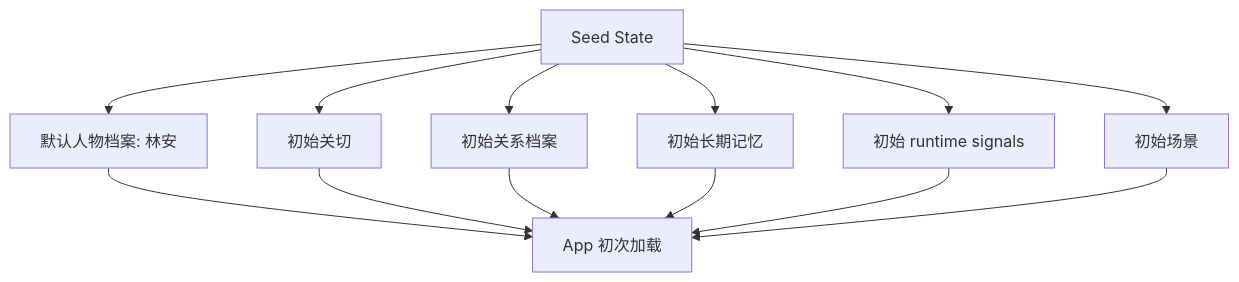
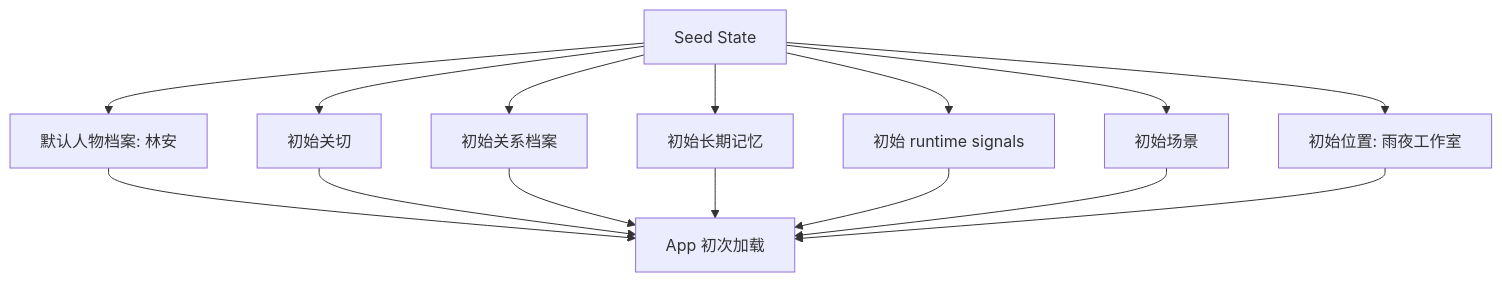
Before and after one commit to ttmanthatman/virtual-human-flow: diagram 13 of 30 in docs/SYSTEM_FLOW.md, drawn with Mermaid. The commit also changed other lines of this file and 13 other files, not shown here.

````diff
--- a/docs/SYSTEM_FLOW.md
+++ b/docs/SYSTEM_FLOW.md
@@ -295,15 +308,17 @@
 ```mermaid
 flowchart TD
     SEED["Seed State"] --> PROFILE["默认人物档案: 林安"]
     SEED --> CONCERNS["初始关切"]
     SEED --> REL["初始关系档案"]
     SEED --> MEM["初始长期记忆"]
     SEED --> RUNTIME["初始 runtime signals"]
     SEED --> SCENE["初始场景"]
+    SEED --> LOCATION["初始位置: 雨夜工作室"]
     PROFILE --> APP["App 初次加载"]
     CONCERNS --> APP
     REL --> APP
     MEM --> APP
     RUNTIME --> APP
     SCENE --> APP
+    LOCATION --> APP
 ```
````
